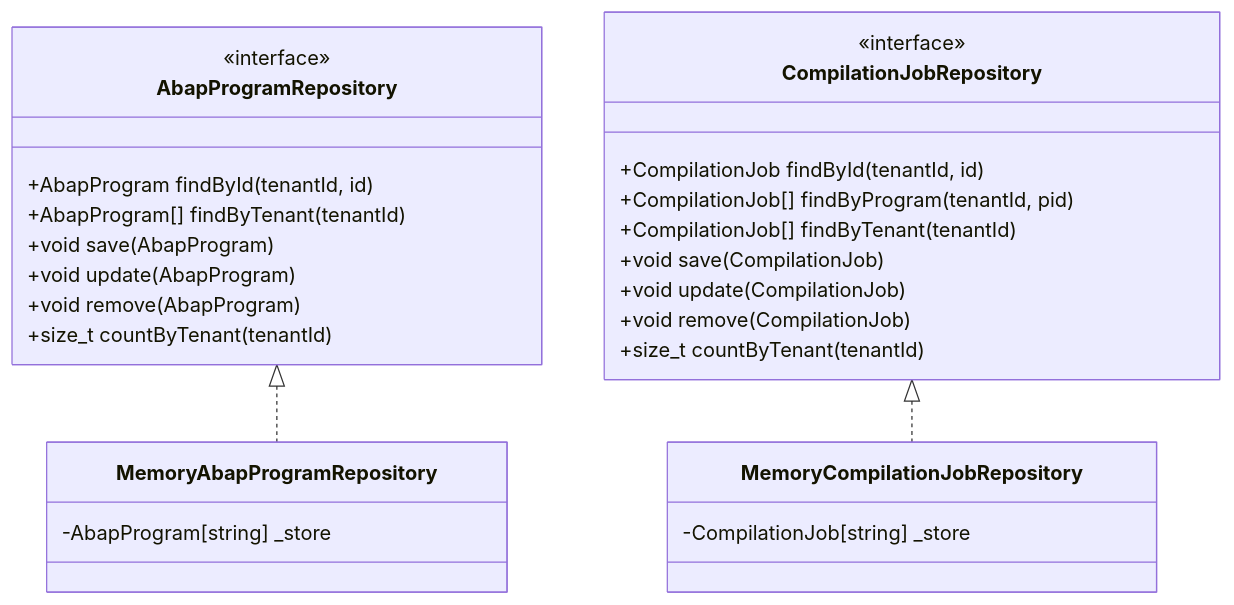
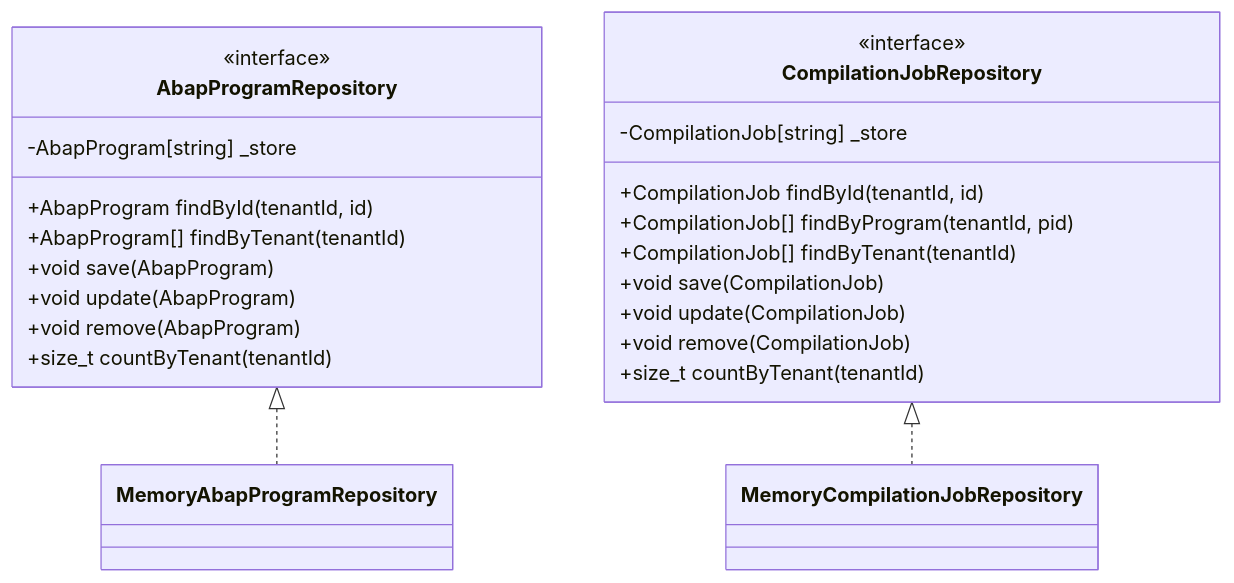
The fourth of 8 diagrams in abap-compiler/UML.md (UIMSolutions/uim-platform), drawn with Mermaid before and after one commit. The commit also changed 891 other files, not shown here.

````diff
--- a/abap-compiler/UML.md
+++ b/abap-compiler/UML.md
@@ -147,34 +147,34 @@
 ```mermaid
 classDiagram
     class AbapProgramRepository {
         <<interface>>
         +AbapProgram findById(tenantId, id)
         +AbapProgram[] findByTenant(tenantId)
         +void save(AbapProgram)
         +void update(AbapProgram)
         +void remove(AbapProgram)
         +size_t countByTenant(tenantId)
     }
 
     class CompilationJobRepository {
         <<interface>>
         +CompilationJob findById(tenantId, id)
         +CompilationJob[] findByProgram(tenantId, pid)
         +CompilationJob[] findByTenant(tenantId)
         +void save(CompilationJob)
         +void update(CompilationJob)
         +void remove(CompilationJob)
         +size_t countByTenant(tenantId)
     }
 
-    class MemoryAbapProgramRepository {
+    class AbapProgramRepository {
         -AbapProgram[string] _store
     }
 
-    class MemoryCompilationJobRepository {
+    class CompilationJobRepository {
         -CompilationJob[string] _store
     }
 
     AbapProgramRepository <|.. MemoryAbapProgramRepository
     CompilationJobRepository <|.. MemoryCompilationJobRepository
 ```
````
